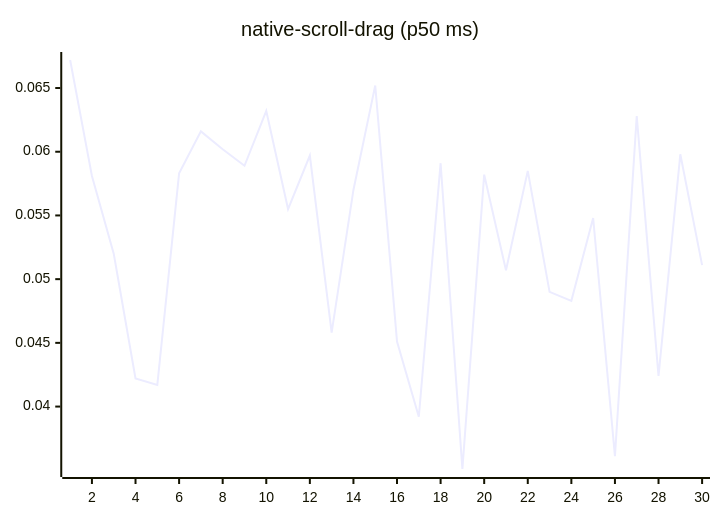
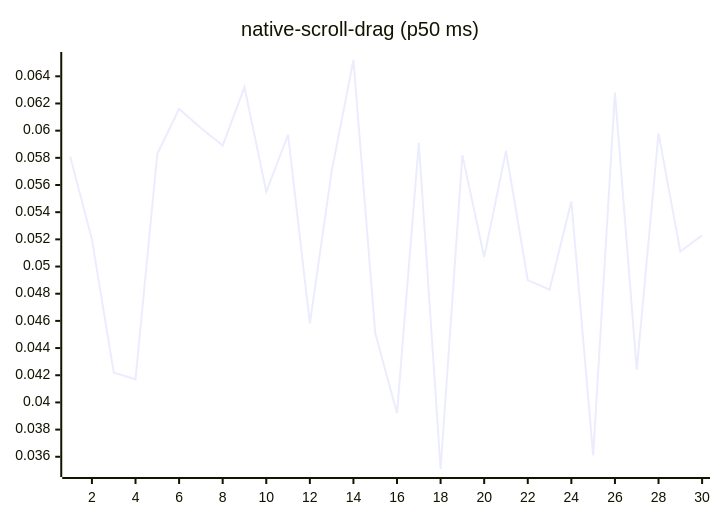
Diagram 14 of 27 in README.md (josha/Facet), drawn with Mermaid before and after one commit. The commit also changed other lines of this file and 2 other files, not shown here.

````diff
--- a/README.md
+++ b/README.md
@@ -154,6 +154,6 @@
 ```mermaid
 xychart-beta
     title "native-scroll-drag (p50 ms)"
     x-axis 1 --> 30
-    line [0.0672, 0.0581, 0.0520, 0.0422, 0.0417, 0.0583, 0.0616, 0.0602, 0.0589, 0.0632, 0.0555, 0.0597, 0.0458, 0.0570, 0.0652, 0.0451, 0.0392, 0.0591, 0.0351, 0.0582, 0.0507, 0.0585, 0.0490, 0.0483, 0.0548, 0.0361, 0.0628, 0.0424, 0.0598, 0.0511]
+    line [0.0581, 0.0520, 0.0422, 0.0417, 0.0583, 0.0616, 0.0602, 0.0589, 0.0632, 0.0555, 0.0597, 0.0458, 0.0570, 0.0652, 0.0451, 0.0392, 0.0591, 0.0351, 0.0582, 0.0507, 0.0585, 0.0490, 0.0483, 0.0548, 0.0361, 0.0628, 0.0424, 0.0598, 0.0511, 0.0523]
 ```
````
